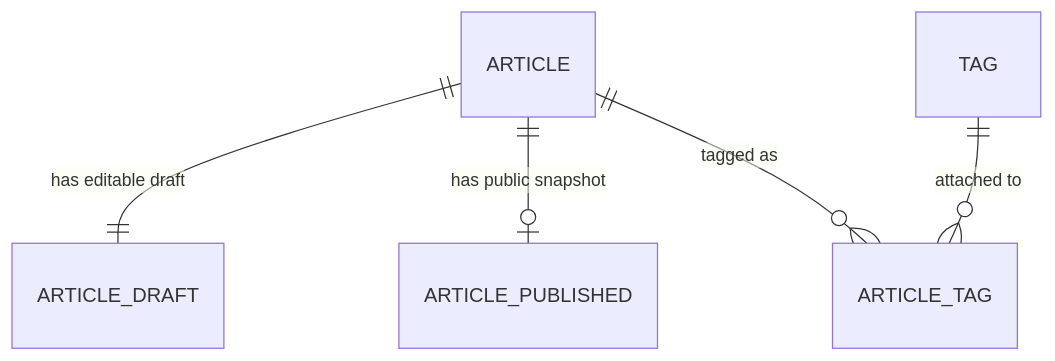
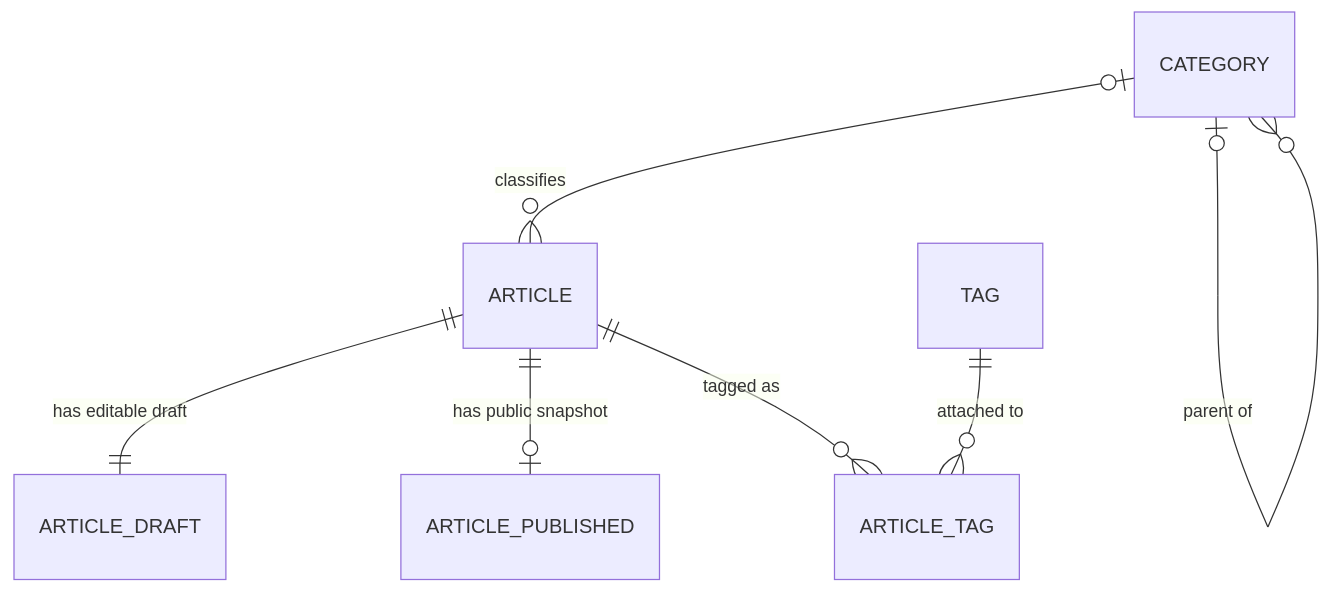
The first of 3 diagrams in docs/data/erd.md (xogo8565/blog-backend-api), drawn with Mermaid before and after one commit. The commit also changed other lines of this file and 2 other files, not shown here.

First line of the commit message:
docs(article): 카테고리 도메인·데이터 설계 초안 추가

````diff
--- a/docs/data/erd.md
+++ b/docs/data/erd.md
@@ -9,7 +9,9 @@
 ```mermaid
 erDiagram
     ARTICLE ||--|| ARTICLE_DRAFT : "has editable draft"
     ARTICLE ||--o| ARTICLE_PUBLISHED : "has public snapshot"
     ARTICLE ||--o{ ARTICLE_TAG : "tagged as"
     TAG ||--o{ ARTICLE_TAG : "attached to"
+    CATEGORY |o--o{ ARTICLE : "classifies"
+    CATEGORY |o--o{ CATEGORY : "parent of"
 ```
````
